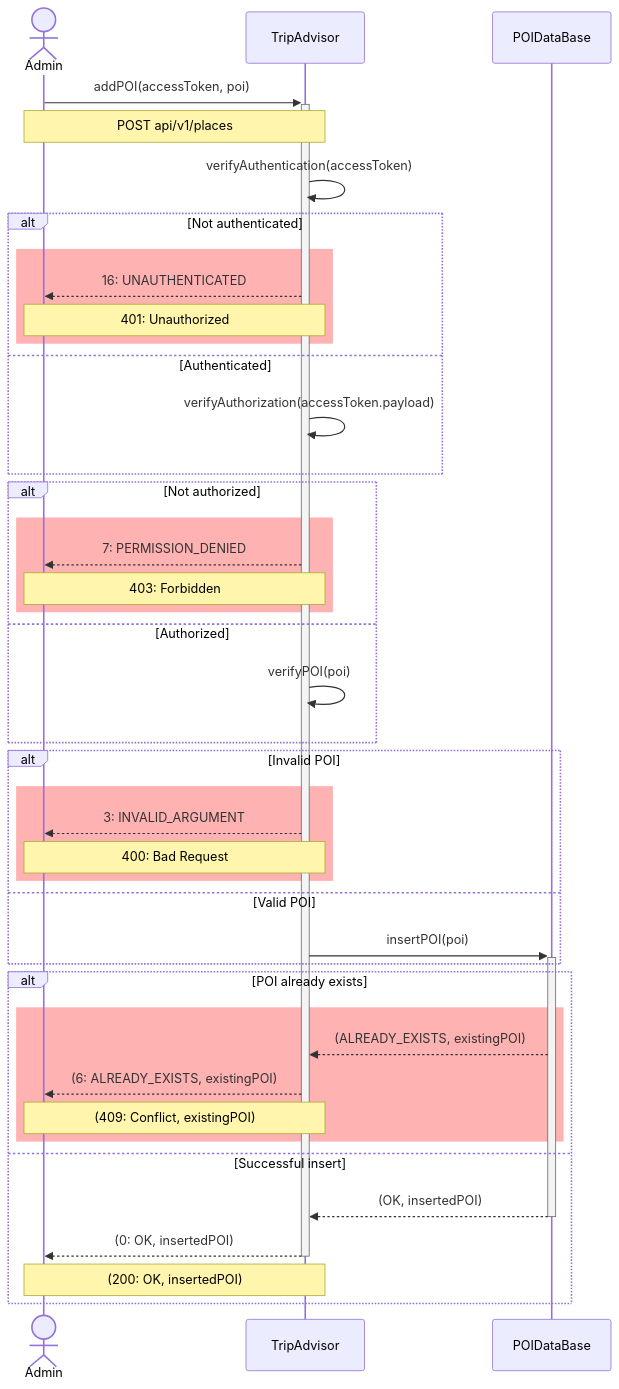
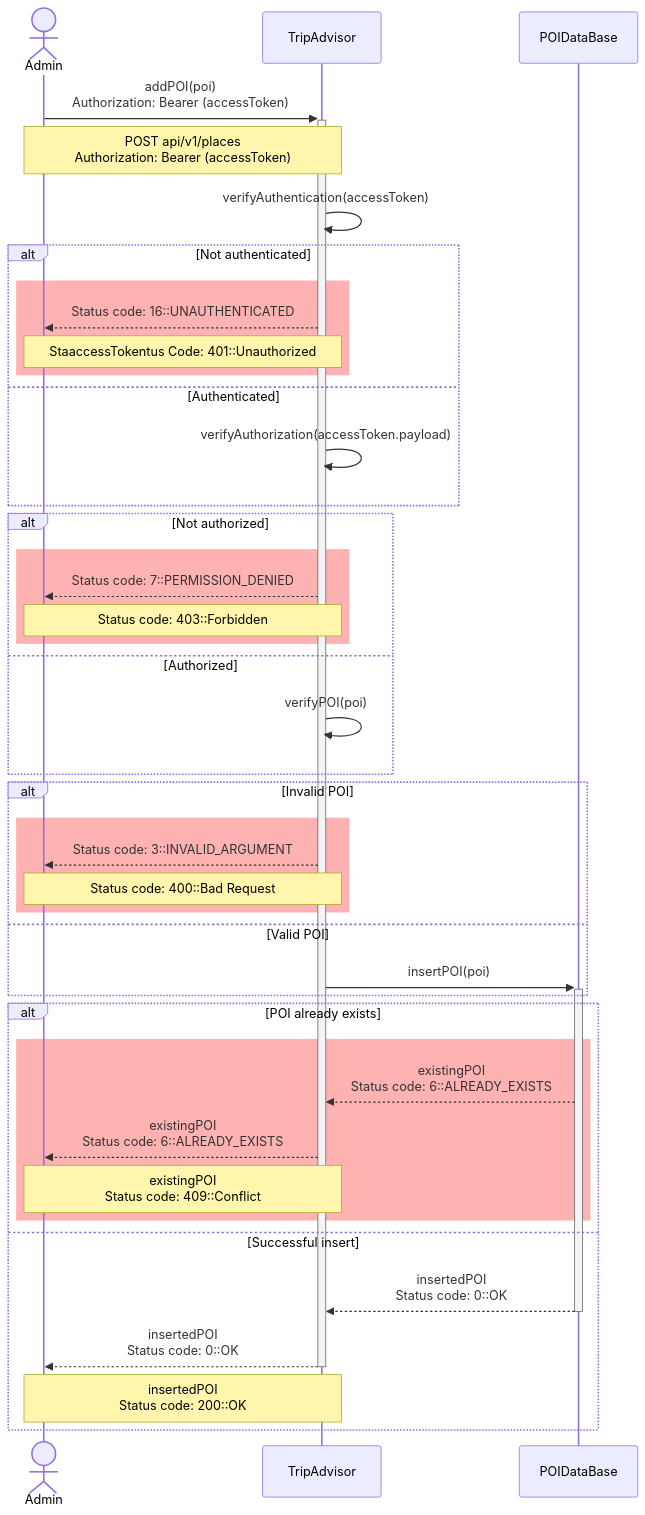
One commit to d-kv/backend-travel-app changed the diagram in docs/uml/src/add_poi.mmd. Above: the diagram before and after it, drawn with Mermaid. The commit also changed 6 other files, not shown here.

```diff
--- a/docs/uml/src/add_poi.mmd
+++ b/docs/uml/src/add_poi.mmd
@@ -1,47 +1,47 @@
 sequenceDiagram
 	actor Admin as Admin
 	participant Trip as TripAdvisor
 	participant DB as POIDataBase
 
-	Admin->>+Trip: addPOI(accessToken, poi)
-	Note over Admin,Trip: POST api/v1/places
+	Admin->>+Trip: addPOI(poi)<br/>Authorization: Bearer (accessToken)
+	Note over Admin,Trip: POST api/v1/places<br/>Authorization: Bearer (accessToken)
 
 		Trip->>Trip: verifyAuthentication(accessToken)
 		alt Not authenticated
 			rect rgba(255, 0, 0, 0.3)
-				Trip-->>Admin: 16: UNAUTHENTICATED
-				Note over Admin,Trip: 401: Unauthorized
+				Trip-->>Admin: Status code: 16::UNAUTHENTICATED
+				Note over Admin,Trip: StaaccessTokentus Code: 401::Unauthorized
 			end
 		else Authenticated
 			Trip->>Trip: verifyAuthorization(accessToken.payload)
 		end
 		alt Not authorized
 			rect rgba(255, 0, 0, 0.3)
-				Trip-->>Admin: 7: PERMISSION_DENIED
-				Note over Admin,Trip: 403: Forbidden
+				Trip-->>Admin: Status code: 7::PERMISSION_DENIED
+				Note over Admin,Trip: Status code: 403::Forbidden
 			end
 		else Authorized
 			Trip->>Trip: verifyPOI(poi)
 		end
 
 		alt Invalid POI
 			rect rgba(255, 0, 0, 0.3)
-				Trip-->>Admin: 3: INVALID_ARGUMENT
-				Note over Admin,Trip: 400: Bad Request
+				Trip-->>Admin: Status code: 3::INVALID_ARGUMENT
+				Note over Admin,Trip: Status code: 400::Bad Request
 			end
 
 		else Valid POI
 			Trip->>+DB: insertPOI(poi)
 		end
 
 		alt POI already exists
 			rect rgba(255, 0, 0, 0.3)
-				DB-->>Trip: (ALREADY_EXISTS, existingPOI)
-				Trip-->>Admin: (6: ALREADY_EXISTS, existingPOI)
-				Note over Admin,Trip: (409: Conflict, existingPOI)
+				DB-->>Trip: existingPOI<br/>Status code: 6::ALREADY_EXISTS
+				Trip-->>Admin: existingPOI<br/>Status code: 6::ALREADY_EXISTS
+				Note over Admin,Trip: existingPOI<br/>Status code: 409::Conflict
 			end
 		else Successful insert
-			DB-->>-Trip: (OK, insertedPOI)
-			Trip-->>-Admin: (0: OK, insertedPOI)
-			Note over Admin,Trip: (200: OK, insertedPOI)
+			DB-->>-Trip: insertedPOI<br/>Status code: 0::OK
+			Trip-->>-Admin: insertedPOI<br/>Status code: 0::OK
+			Note over Admin,Trip: insertedPOI<br/>Status code: 200::OK
 		end
```
